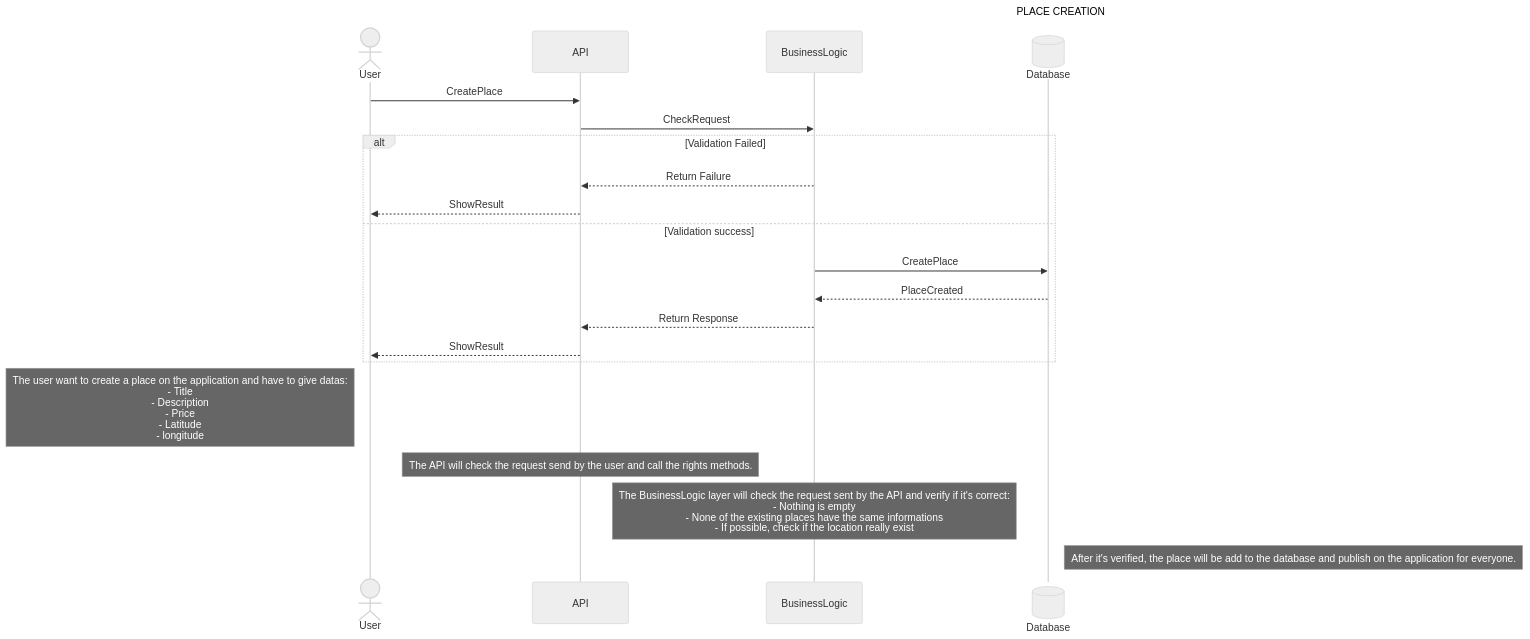
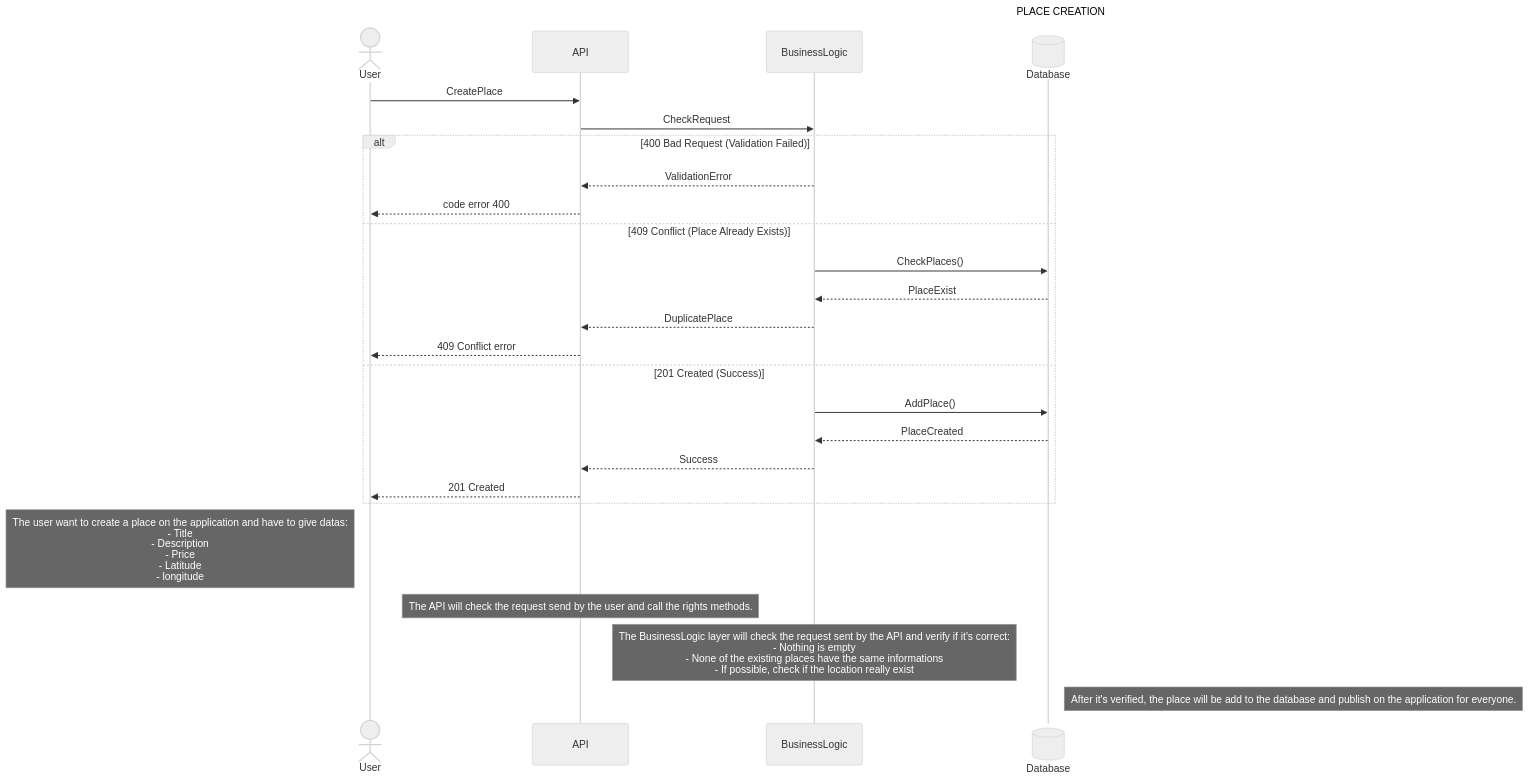
Before and after one commit to EnzoMessaoudi/holbertonschool-hbnb: the diagram in part1/Sequence Diagrams for API Calls (task 2)/Sequence_Diagram_Place_Creation.mermaid, drawn with Mermaid.

Commit message:
ADD code error

```diff
--- a/part1/Sequence Diagrams for API Calls (task 2)/Sequence_Diagram_Place_Creation.mermaid
+++ b/part1/Sequence Diagrams for API Calls (task 2)/Sequence_Diagram_Place_Creation.mermaid
@@ -1,29 +1,34 @@
 %%{ init : { "theme": "neutral" } }%%
 
 sequenceDiagram
 title PLACE CREATION
 actor User
 participant API
 participant BusinessLogic
 participant Database@{ "type" : "database" }
 
 User->>API: CreatePlace
 API->>BusinessLogic: CheckRequest
 
-alt Validation Failed
-    BusinessLogic-->>API: Return Failure
-    API-->>User: ShowResult
-else Validation success
-    BusinessLogic->>Database: CreatePlace
+alt 400 Bad Request (Validation Failed)
+    BusinessLogic-->>API: ValidationError
+    API-->>User: code error 400
+else 409 Conflict (Place Already Exists)
+    BusinessLogic->>Database: CheckPlaces()
+    Database-->>BusinessLogic: PlaceExist
+    BusinessLogic-->>API: DuplicatePlace
+    API-->>User: 409 Conflict error
+else 201 Created (Success)
+    BusinessLogic->>Database: AddPlace()
     Database-->>BusinessLogic: PlaceCreated
-    BusinessLogic-->>API: Return Response
-    API-->>User: ShowResult
+    BusinessLogic-->>API: Success
+    API-->>User: 201 Created
 end
 
 Note left of User: The user want to create a place on the application and have to give datas:<br/>- Title<br/>- Description<br/>- Price<br/>- Latitude<br/>- longitude
 
 Note over API: The API will check the request send by the user and call the rights methods.
 
 Note over BusinessLogic: The BusinessLogic layer will check the request sent by the API and verify if it's correct:<br/>- Nothing is empty<br/>- None of the existing places have the same informations<br/>- If possible, check if the location really exist
 
 Note right of Database: After it's verified, the place will be add to the database and publish on the application for everyone.
```
